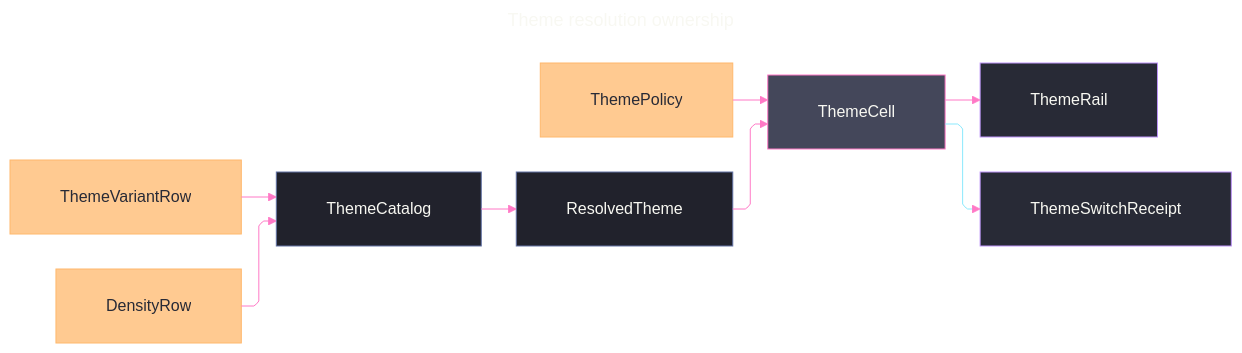
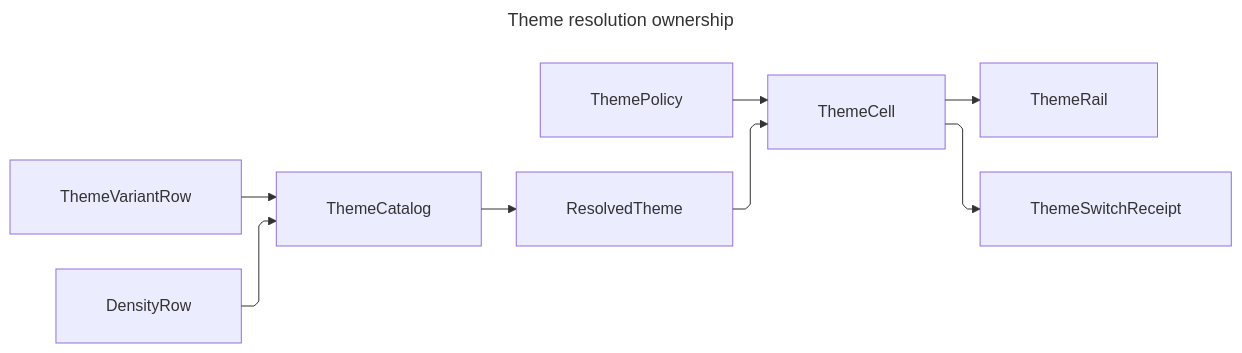
One commit to bsamiee/Rasm changed the diagram in libs/csharp/Rasm.AppUi/.planning/Theme/tokens.md. Above: the diagram before and after it, drawn with Mermaid. The commit also changed 324 other files, not shown here.

````diff
--- a/libs/csharp/Rasm.AppUi/.planning/Theme/tokens.md
+++ b/libs/csharp/Rasm.AppUi/.planning/Theme/tokens.md
@@ -519,59 +519,27 @@
 ```mermaid
 ---
 title: Theme resolution ownership
 config:
-  theme: base
-  look: classic
   layout: elk
   htmlLabels: true
   markdownAutoWrap: false
   deterministicIds: true
   elk:
     nodePlacementStrategy: NETWORK_SIMPLEX
     considerModelOrder: NODES_AND_EDGES
   flowchart:
     curve: linear
     defaultRenderer: elk
     padding: 25
-  themeVariables:
-    darkMode: true
-    fontFamily: "SF Mono, Menlo, Cascadia Mono, Segoe UI Mono, Consolas, monospace"
-    useGradient: false
-    dropShadow: "none"
-    background: "#282A36"
-    mainBkg: "#44475A"
-    primaryColor: "#44475A"
-    primaryTextColor: "#F8F8F2"
-    primaryBorderColor: "#BD93F9"
-    nodeBorder: "#BD93F9"
-    lineColor: "#FF79C6"
-    arrowheadColor: "#FF79C6"
-    textColor: "#F8F8F2"
-    titleColor: "#D6BCFA"
-    clusterBkg: "#21222C"
-    clusterBorder: "#D6BCFA"
-    edgeLabelBackground: "#21222C"
-    labelBackgroundColor: "#21222C"
-  themeCSS: ".nodeLabel{font-size:13px;font-weight:500}.edgeLabel{font-size:12px;font-weight:500}.cluster-label .nodeLabel{font-size:13.5px;font-weight:700;letter-spacing:.08em}.edge-thickness-normal{stroke-width:2px}.edge-thickness-thick{stroke-width:3px}.edge-pattern-dashed,.edge-pattern-dotted{stroke-width:1.5px;stroke-dasharray:4 6}.node rect,.node circle,.node polygon,.node path,.node .outer-path{stroke-width:1.5px;filter:none!important}.cluster rect{stroke-width:1px!important;stroke-dasharray:5 4!important;filter:none!important}.marker path{transform:scale(.8);transform-origin:5px 5px}.marker circle{transform:scale(.48);transform-origin:5px 5px}.edgeLabel rect{transform-box:fill-box;transform-origin:center;transform:scale(1.1,1.2)}"
 ---
 flowchart LR
     accTitle: Theme resolution ownership
     accDescr: Theme variant and density data enter one catalog, policy enters the transactional cell, and the cell publishes the resolved theme through the application rail and evidence receipt.
     ThemeVariantRow --> ThemeCatalog
     DensityRow --> ThemeCatalog
     ThemePolicy --> ThemeCell
     ThemeCatalog --> ResolvedTheme
     ResolvedTheme --> ThemeCell
     ThemeCell --> ThemeRail
     ThemeCell --> ThemeSwitchReceipt
-    linkStyle default stroke:#FF79C6,color:#F8F8F2
-    linkStyle 6 stroke:#8BE9FD,color:#F8F8F2
-    classDef primary fill:#44475A,stroke:#FF79C6,color:#F8F8F2
-    classDef boundary fill:#282A36,stroke:#BD93F9,color:#F8F8F2
-    classDef data fill:#FFB86CBF,stroke:#FFB86C,color:#282A36
-    classDef recessed fill:#21222C,stroke:#6272A4,color:#F8F8F2
-    class ThemeCell primary
-    class ThemeVariantRow,DensityRow,ThemePolicy data
-    class ThemeCatalog,ResolvedTheme recessed
-    class ThemeRail,ThemeSwitchReceipt boundary
 ```
````
